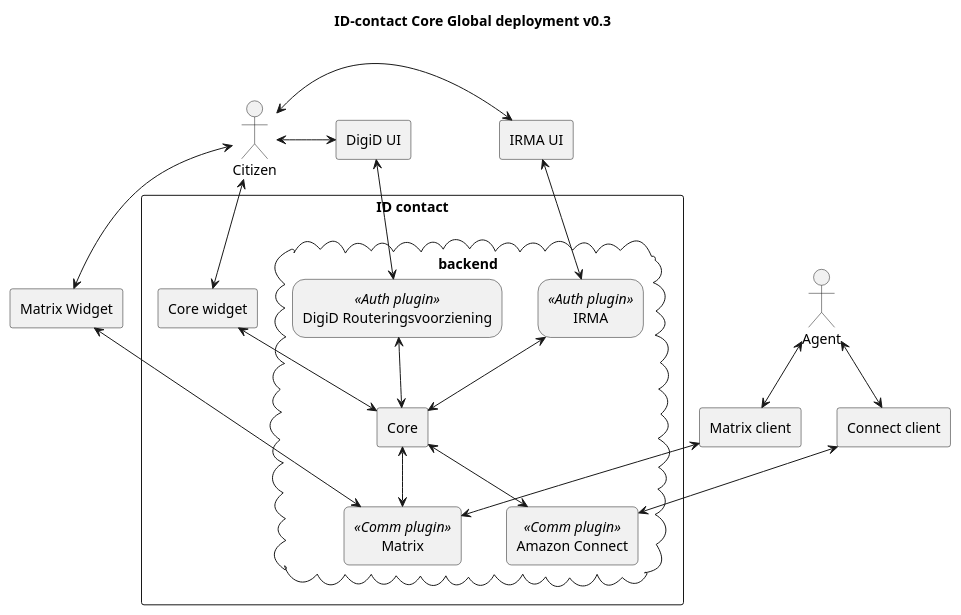
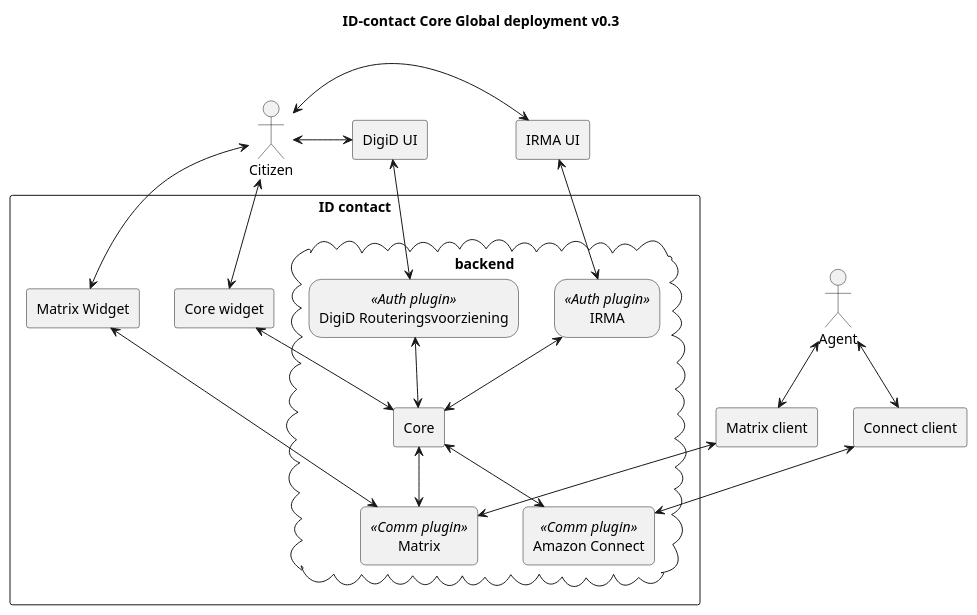
Before and after one commit to id-contact/docs: the diagram in docs/diagrams/global-deployment.puml, drawn with PlantUML.

Commit message:
Move Matrix Widget inside ID Contact in global-deployment

```diff
--- a/docs/diagrams/global-deployment.puml
+++ b/docs/diagrams/global-deployment.puml
@@ -1,54 +1,53 @@
 @startuml
 title ID-contact Core Global deployment v0.3
 skinparam rectangle {
     roundCorner<<Auth plugin>> 25
 }
 
 skinparam rectangle {
     roundCorner<<Comm plugin>> 10
 }
 
 actor Citizen as citizen
 actor Agent as agent
 
 rectangle "ID contact" {
     rectangle "Core widget" as core_widget
-    
+    rectangle "Matrix Widget" as matrix_widget
     cloud backend {
         rectangle "Core" as core
         rectangle "IRMA" <<Auth plugin>> as auth_irma
         rectangle "DigiD Routeringsvoorziening" <<Auth plugin>> as auth_digid
 
         rectangle "Amazon Connect" <<Comm plugin>> as comm_connect
         rectangle "Matrix" <<Comm plugin>> as comm_matrix
     }
 }
 
 rectangle "Matrix client" as matrix_client
 rectangle "Connect client" as connect_client
 rectangle "IRMA UI" as irma
 rectangle "DigiD UI" as digid
-rectangle "Matrix Widget" as matrix_widget
 
 citizen<-->core_widget
 citizen<-r->irma
 citizen<-r->digid
 citizen<-->matrix_widget
 
 agent<-->connect_client
 agent<-->matrix_client
 
 core_widget<-->core
 auth_digid<-->core
 auth_irma<-->core
 comm_matrix<-u->core
 comm_connect<-u->core
 
 digid<->auth_digid
 irma<->auth_irma
 
 matrix_client<-->comm_matrix
 matrix_widget<--->comm_matrix
 connect_client<-->comm_connect
 
 @enduml
```
